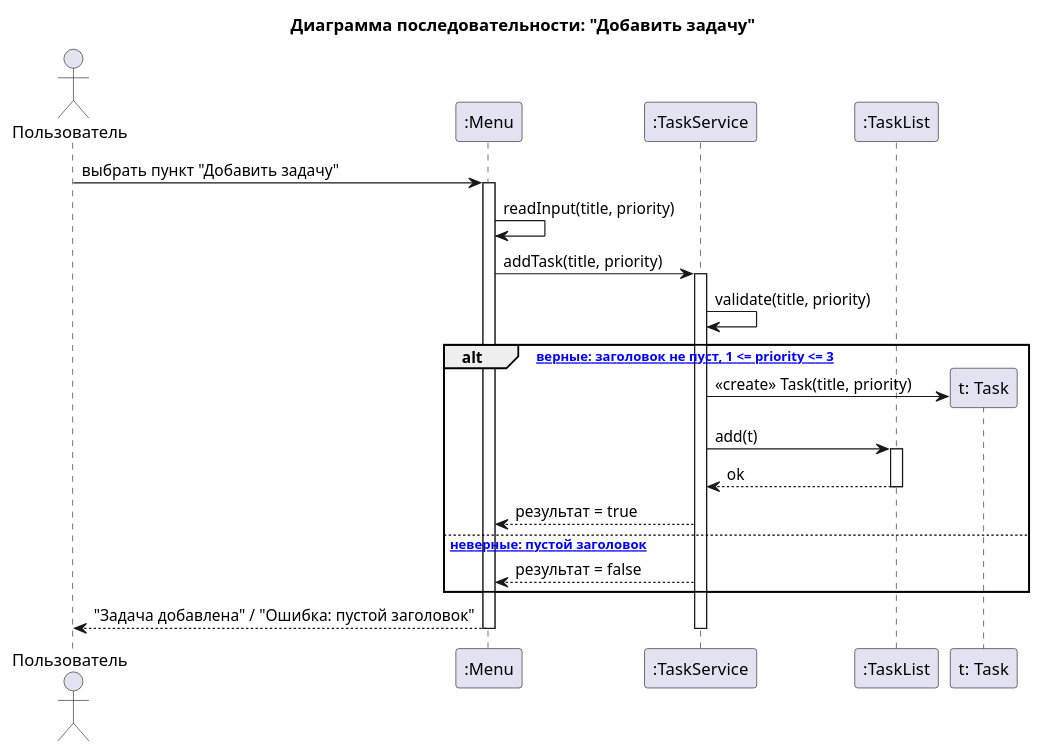
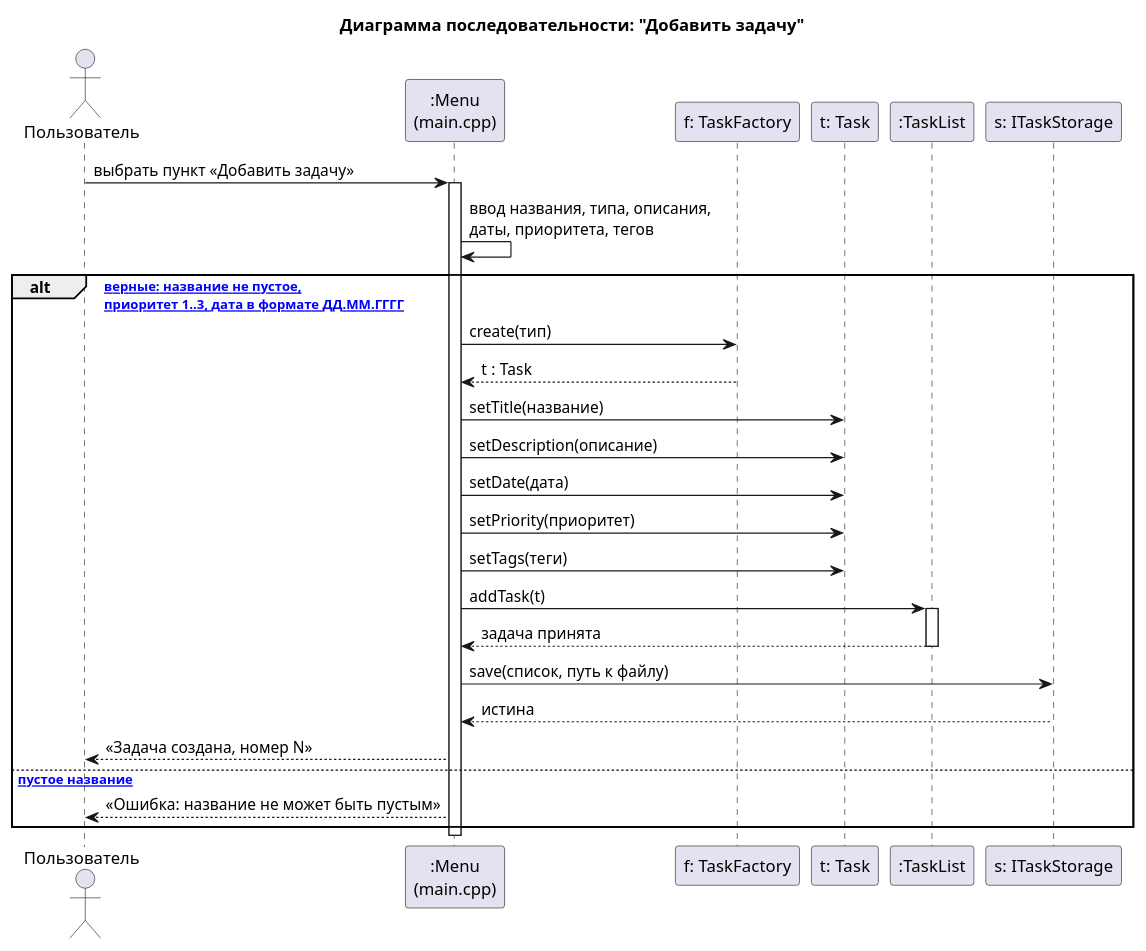
The diagram in docs/uml/04_seq_add.puml (Ruslan1209/TaskFlow), drawn with PlantUML before and after one commit.

```diff
--- a/docs/uml/04_seq_add.puml
+++ b/docs/uml/04_seq_add.puml
@@ -1,32 +1,33 @@
 @startuml 04_seq_add
 title Диаграмма последовательности: "Добавить задачу"
 
-actor Пользователь as User
-participant ":Menu" as M
-participant ":TaskService" as S
+actor Пользователь as U
+participant ":Menu\n(main.cpp)" as M
+participant "f: TaskFactory" as F
+participant "t: Task" as T
 participant ":TaskList" as L
-participant "t: Task" as T
+participant "s: ITaskStorage" as S
 
-User -> M : выбрать пункт "Добавить задачу"
+U -> M : выбрать пункт «Добавить задачу»
 activate M
-M -> M : readInput(title, priority)
-M -> S : addTask(title, priority)
-activate S
-
-S -> S : validate(title, priority)
-alt [данные верные: заголовок не пуст, 1 <= priority <= 3]
-  create T
-  S -> T : <<create>> Task(title, priority)
-  S -> L : add(t)
+M -> M : ввод названия, типа, описания,\nдаты, приоритета, тегов
+alt [данные верные: название не пустое,\nприоритет 1..3, дата в формате ДД.ММ.ГГГГ]
+  M -> F : create(тип)
+  F --> M : t : Task
+  M -> T : setTitle(название)
+  M -> T : setDescription(описание)
+  M -> T : setDate(дата)
+  M -> T : setPriority(приоритет)
+  M -> T : setTags(теги)
+  M -> L : addTask(t)
   activate L
-  L --> S : ok
+  L --> M : задача принята
   deactivate L
-  S --> M : результат = true
-else [данные неверные: пустой заголовок]
-  S --> M : результат = false
+  M -> S : save(список, путь к файлу)
+  S --> M : истина
+  M --> U : «Задача создана, номер N»
+else [ошибка: пустое название]
+  M --> U : «Ошибка: название не может быть пустым»
 end
-
-M --> User : "Задача добавлена" / "Ошибка: пустой заголовок"
-deactivate S
 deactivate M
 @enduml
```
